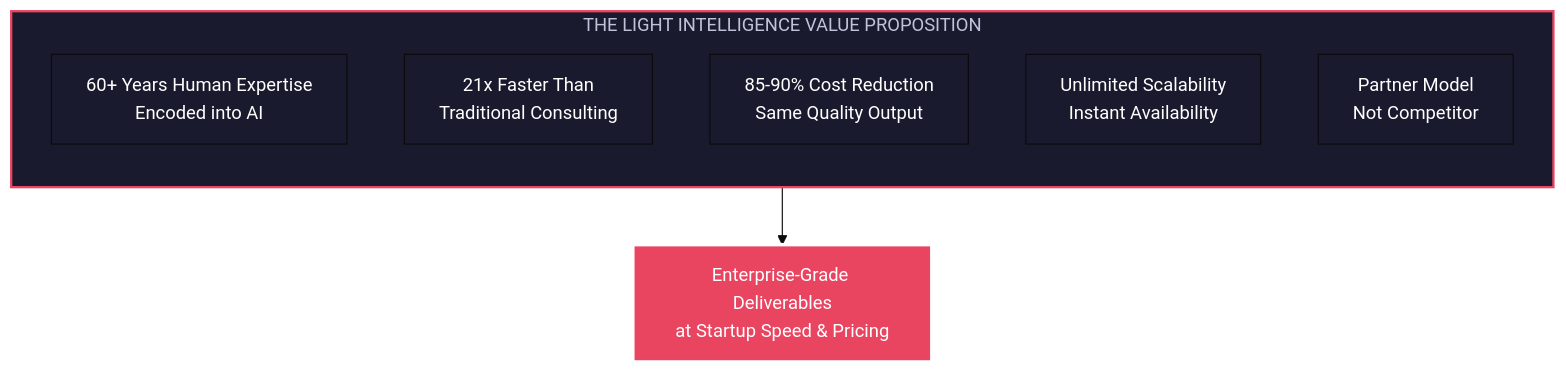
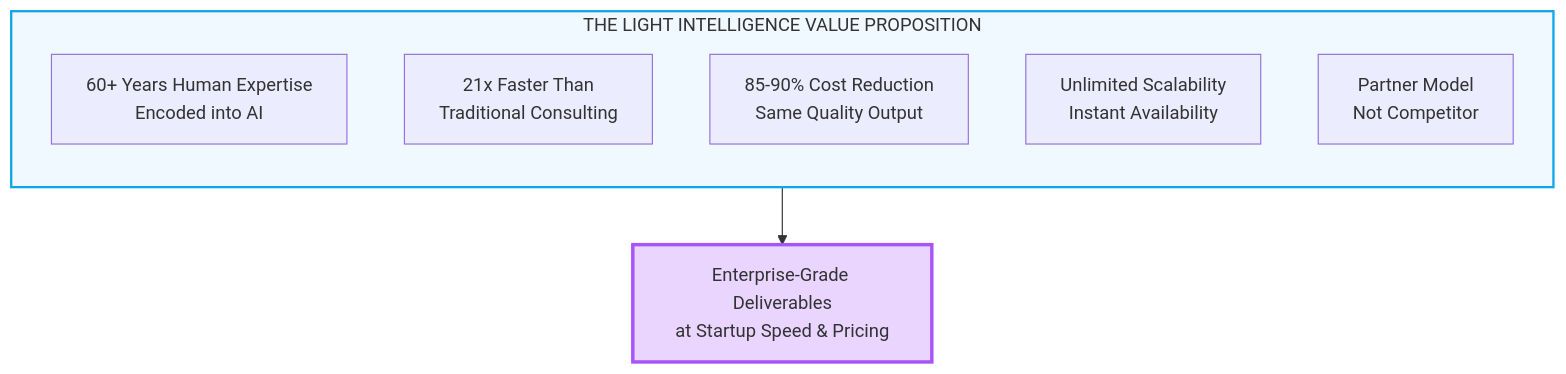
One commit to Light-Brands/light-consulting changed diagram 12 of 13 in docs/resources/ai-intelligence-ecosystem.md. Above: the diagram before and after it, drawn with Mermaid. The commit also changed other lines of this file, not shown here.

First line of the commit message:
Soften mermaid diagram colors for better readability

````diff
--- a/docs/resources/ai-intelligence-ecosystem.md
+++ b/docs/resources/ai-intelligence-ecosystem.md
@@ -415,18 +416,18 @@
 ```mermaid
-%%{init: {'theme': 'base', 'themeVariables': { 'primaryColor': '#1a1a2e', 'primaryTextColor': '#fff'}}}%%
+%%{init: {'theme': 'default'}}%%
 flowchart TB
     subgraph value["THE LIGHT INTELLIGENCE VALUE PROPOSITION"]
         direction TB
 
         v1["60+ Years Human Expertise<br/>Encoded into AI"]
         v2["21x Faster Than<br/>Traditional Consulting"]
         v3["85-90% Cost Reduction<br/>Same Quality Output"]
         v4["Unlimited Scalability<br/>Instant Availability"]
         v5["Partner Model<br/>Not Competitor"]
     end
 
     value --> outcome["Enterprise-Grade Deliverables<br/>at Startup Speed & Pricing"]
 
-    style value fill:#1a1a2e,stroke:#e94560,stroke-width:2px
-    style outcome fill:#e94560,stroke:#fff,stroke-width:3px,color:#fff
+    style value fill:#f0f9ff,stroke:#0ea5e9,stroke-width:2px
+    style outcome fill:#e9d5ff,stroke:#a855f7,stroke-width:3px
 ```
````
